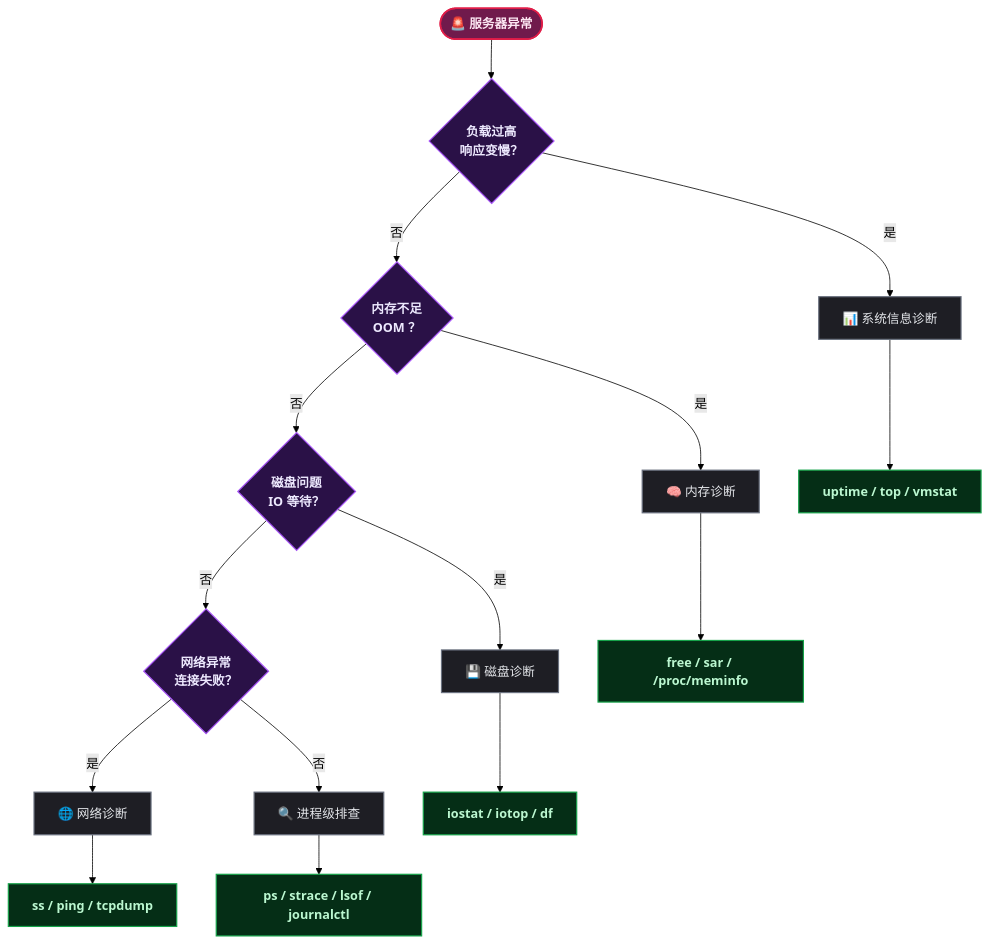
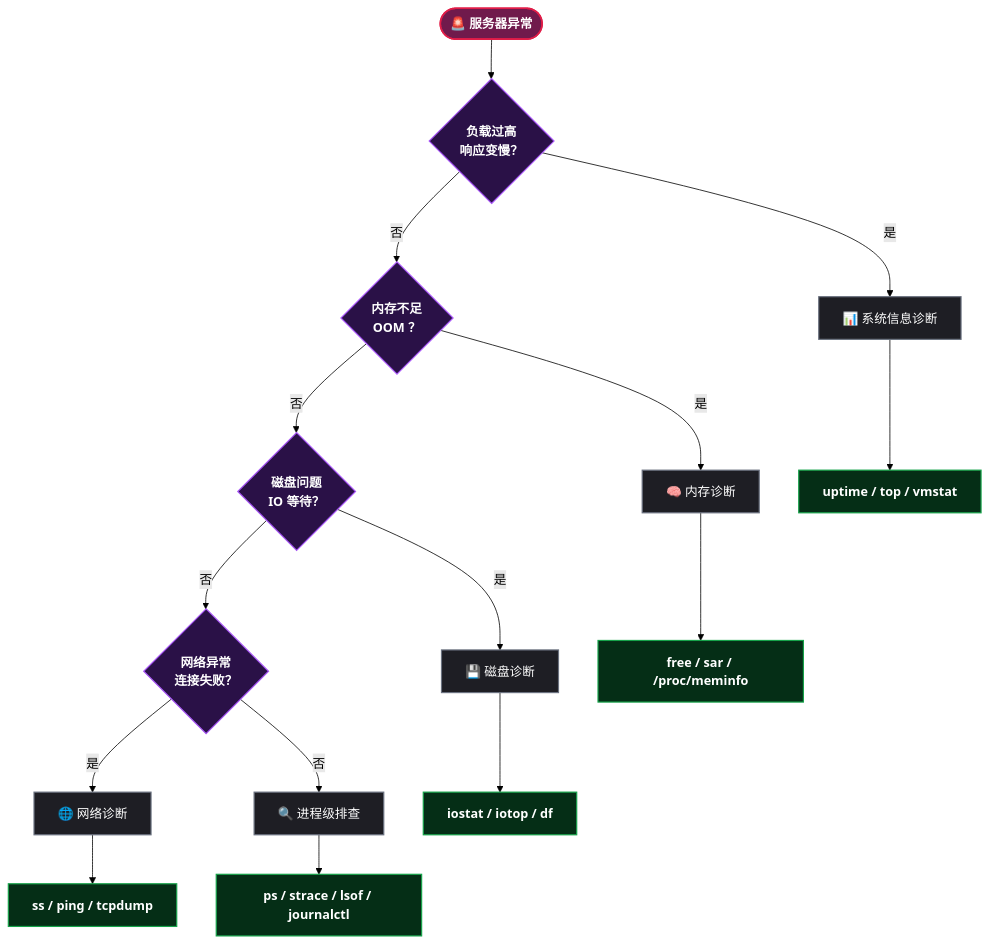
One commit to yaocat55/yaocat55.github.io changed the first of 4 diagrams in content/posts/linux/LinuxCommands100.md. Above: the diagram before and after it, drawn with Mermaid (forest theme). The commit also changed other lines of this file and 27 other files, not shown here.

Commit message:
docs: 全系列 93 张 Mermaid 图 classDef 改为 style 强制深底白字(修复部分渲染器白底浅字)+历史文件格式清理

````diff
--- a/content/posts/linux/LinuxCommands100.md
+++ b/content/posts/linux/LinuxCommands100.md
@@ -40,28 +40,34 @@
 ```mermaid
 flowchart TD
-classDef startEnd fill:#701a4c,stroke:#e11d48,stroke-width:2px,color:#fce7f3,font-weight:bold;
-classDef condition fill:#2a1147,stroke:#a855f7,stroke-width:1.5px,color:#ede9fe,font-weight:bold;
-classDef process fill:#1e1e24,stroke:#6b7280,stroke-width:1.5px,color:#e5e7eb;
-classDef data fill:#052e16,stroke:#16a34a,stroke-width:1.5px,color:#bbf7d0,font-weight:bold;
 
     PROBLEM([🚨 服务器异常]) --> CHECK_LOAD{"负载过高\n响应变慢？"}
     CHECK_LOAD -->|是| PATH_LOAD[📊 系统信息诊断]
     CHECK_LOAD -->|否| CHECK_MEM{"内存不足\nOOM ？"}
     CHECK_MEM -->|是| PATH_MEM[🧠 内存诊断]
     CHECK_MEM -->|否| CHECK_IO{"磁盘问题\nIO 等待？"}
     CHECK_IO -->|是| PATH_IO[💾 磁盘诊断]
     CHECK_IO -->|否| CHECK_NET{"网络异常\n连接失败？"}
     CHECK_NET -->|是| PATH_NET[🌐 网络诊断]
     CHECK_NET -->|否| CHECK_PROC[🔍 进程级排查]
 
     PATH_LOAD --> CMD1["uptime / top / vmstat"]
     PATH_MEM --> CMD2["free / sar / /proc/meminfo"]
     PATH_IO --> CMD3["iostat / iotop / df"]
     PATH_NET --> CMD4["ss / ping / tcpdump"]
     CHECK_PROC --> CMD5["ps / strace / lsof / journalctl"]
-
-    class PROBLEM startEnd;
-    class CHECK_LOAD,CHECK_MEM,CHECK_IO,CHECK_NET condition;
-    class PATH_LOAD,PATH_MEM,PATH_IO,PATH_NET,CHECK_PROC process;
-    class CMD1,CMD2,CMD3,CMD4,CMD5 data;
+    style PROBLEM fill:#701a4c,stroke:#e11d48,stroke-width:2px,color:#ffffff,font-weight:bold
+    style CHECK_LOAD fill:#2a1147,stroke:#a855f7,stroke-width:1.5px,color:#ffffff,font-weight:bold
+    style CHECK_MEM fill:#2a1147,stroke:#a855f7,stroke-width:1.5px,color:#ffffff,font-weight:bold
+    style CHECK_IO fill:#2a1147,stroke:#a855f7,stroke-width:1.5px,color:#ffffff,font-weight:bold
+    style CHECK_NET fill:#2a1147,stroke:#a855f7,stroke-width:1.5px,color:#ffffff,font-weight:bold
+    style PATH_LOAD fill:#1e1e24,stroke:#6b7280,stroke-width:1.5px,color:#ffffff
+    style PATH_MEM fill:#1e1e24,stroke:#6b7280,stroke-width:1.5px,color:#ffffff
+    style PATH_IO fill:#1e1e24,stroke:#6b7280,stroke-width:1.5px,color:#ffffff
+    style PATH_NET fill:#1e1e24,stroke:#6b7280,stroke-width:1.5px,color:#ffffff
+    style CHECK_PROC fill:#1e1e24,stroke:#6b7280,stroke-width:1.5px,color:#ffffff
+    style CMD1 fill:#052e16,stroke:#16a34a,stroke-width:1.5px,color:#ffffff,font-weight:bold
+    style CMD2 fill:#052e16,stroke:#16a34a,stroke-width:1.5px,color:#ffffff,font-weight:bold
+    style CMD3 fill:#052e16,stroke:#16a34a,stroke-width:1.5px,color:#ffffff,font-weight:bold
+    style CMD4 fill:#052e16,stroke:#16a34a,stroke-width:1.5px,color:#ffffff,font-weight:bold
+    style CMD5 fill:#052e16,stroke:#16a34a,stroke-width:1.5px,color:#ffffff,font-weight:bold
 ```
````
